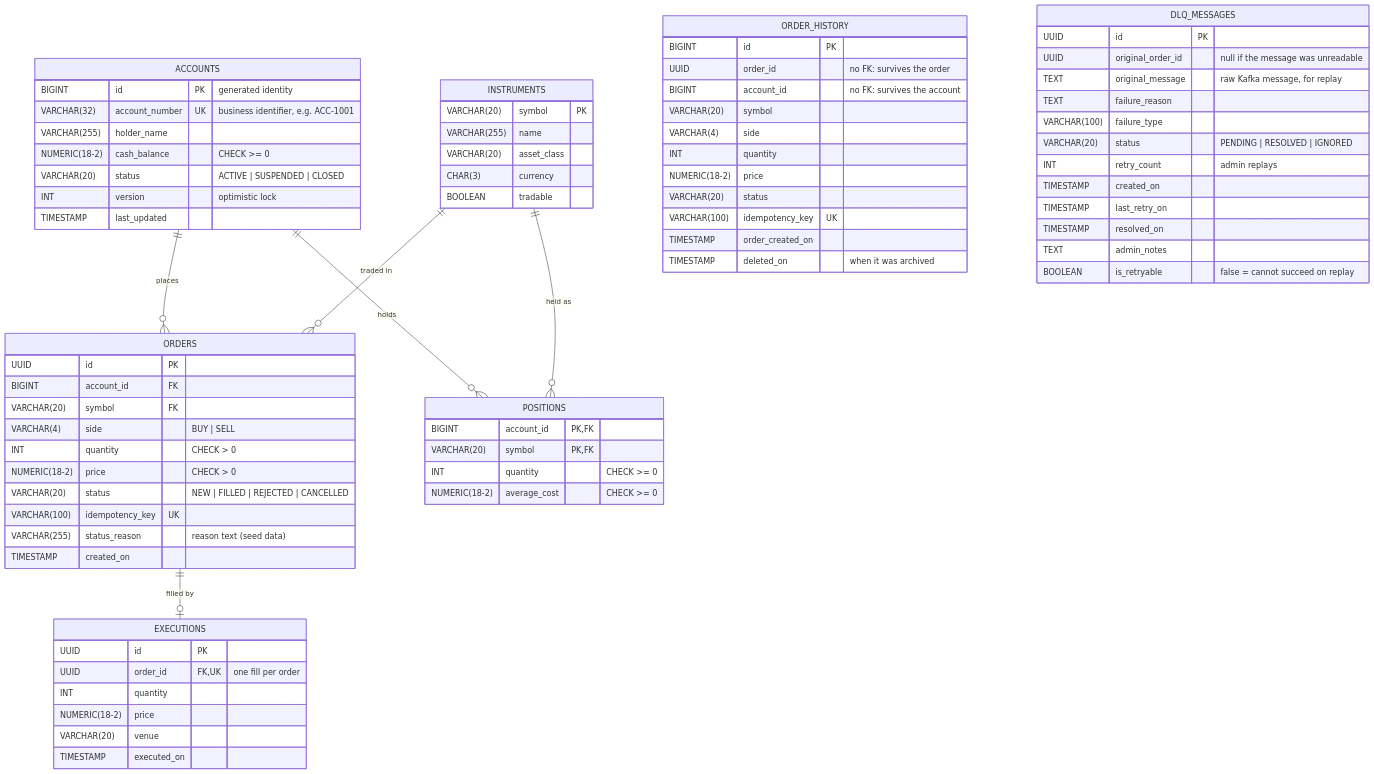
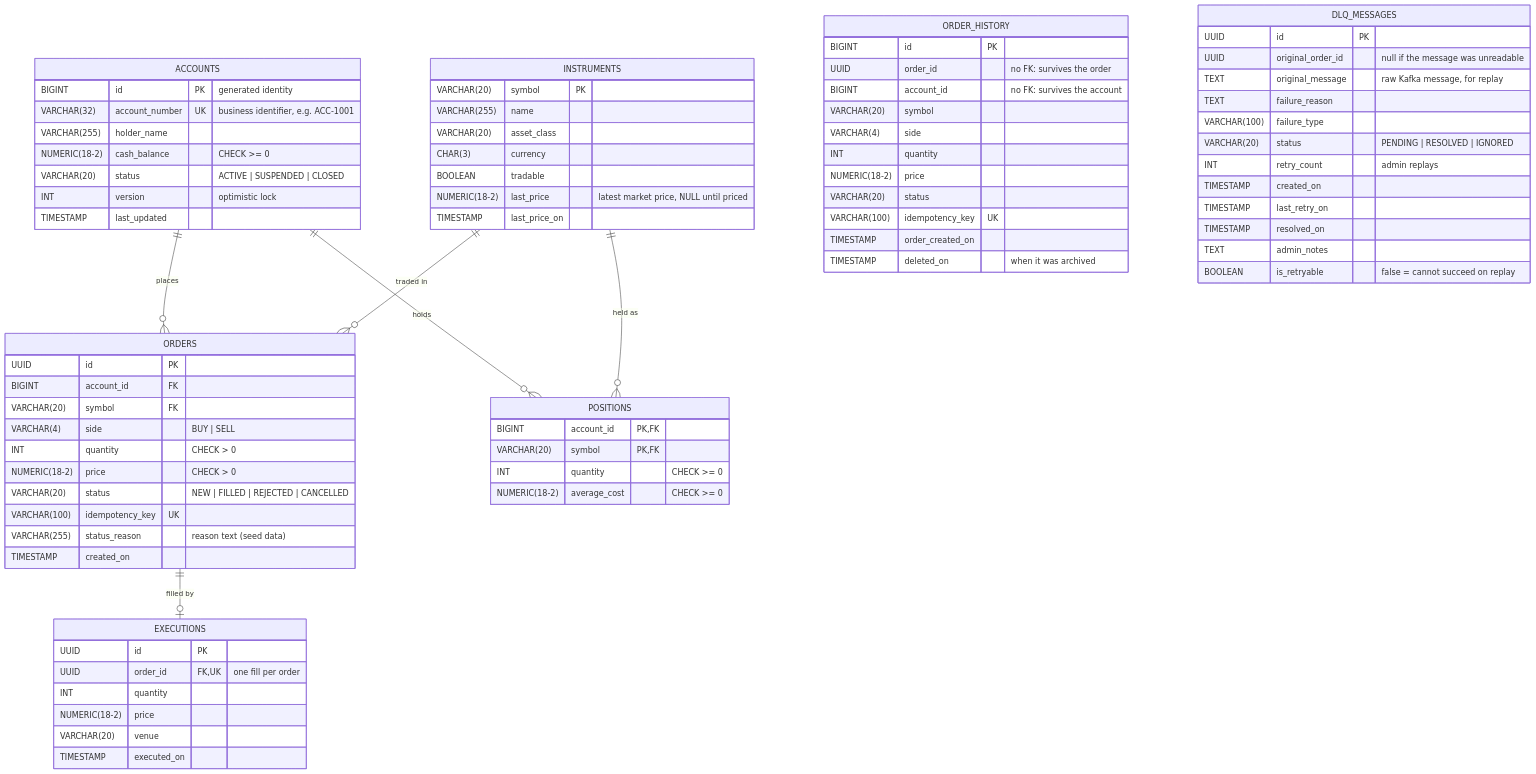
One commit to NathanCarr10/TNS-Capital changed the diagram in docs/diagrams/ER-DIAGRAM.md. Above: the diagram before and after it, drawn with Mermaid. The commit also changed 18 other files, not shown here.

```diff
--- a/docs/diagrams/ER-DIAGRAM.md
+++ b/docs/diagrams/ER-DIAGRAM.md
@@ -27,6 +27,8 @@
         VARCHAR(20) asset_class
         CHAR(3) currency
         BOOLEAN tradable
+        NUMERIC(18-2) last_price "latest market price, NULL until priced"
+        TIMESTAMP last_price_on
     }
 
     ORDERS {
```
